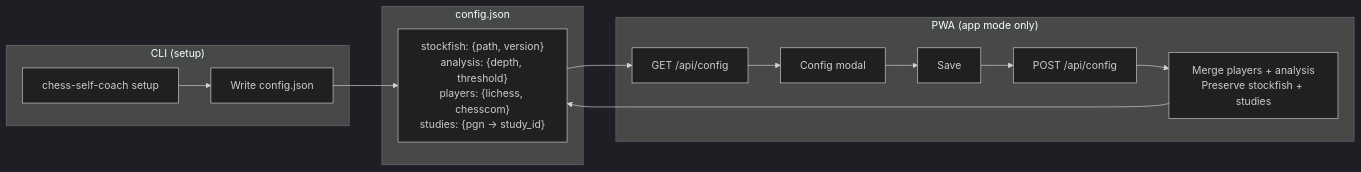
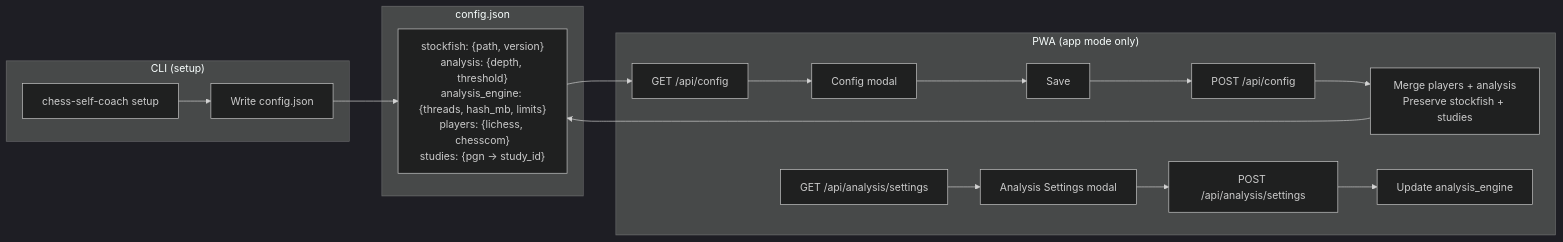
The fourth of 4 diagrams in docs/flows/user-flows.md (Bobain/chess-opening-prep), drawn with Mermaid (dark theme) before and after one commit. The commit also changed other lines of this file and 2 other files, not shown here.

First line of the commit message:
Update docs: CLI flags, data flows, user flows for new analysis pipeline

````diff
--- a/docs/flows/user-flows.md
+++ b/docs/flows/user-flows.md
@@ -168,21 +190,24 @@
 ```mermaid
 flowchart LR
     subgraph "CLI (setup)"
         SETUP[chess-self-coach setup] --> WRITE[Write config.json]
     end
 
     subgraph "config.json"
-        CFG["stockfish: {path, version}<br/>analysis: {depth, threshold}<br/>players: {lichess, chesscom}<br/>studies: {pgn → study_id}"]
+        CFG["stockfish: {path, version}<br/>analysis: {depth, threshold}<br/>analysis_engine: {threads, hash_mb, limits}<br/>players: {lichess, chesscom}<br/>studies: {pgn → study_id}"]
     end
 
     subgraph "PWA (app mode only)"
         SHOW[GET /api/config] --> MODAL[Config modal]
         MODAL --> SAVE_BTN[Save]
         SAVE_BTN --> POST[POST /api/config]
         POST --> MERGE[Merge players + analysis<br/>Preserve stockfish + studies]
+        SHOW2[GET /api/analysis/settings] --> MODAL2[Analysis Settings modal]
+        MODAL2 --> SAVE2[POST /api/analysis/settings]
+        SAVE2 --> MERGE2[Update analysis_engine]
     end
 
     WRITE --> CFG
     CFG --> SHOW
     MERGE --> CFG
 ```
````
